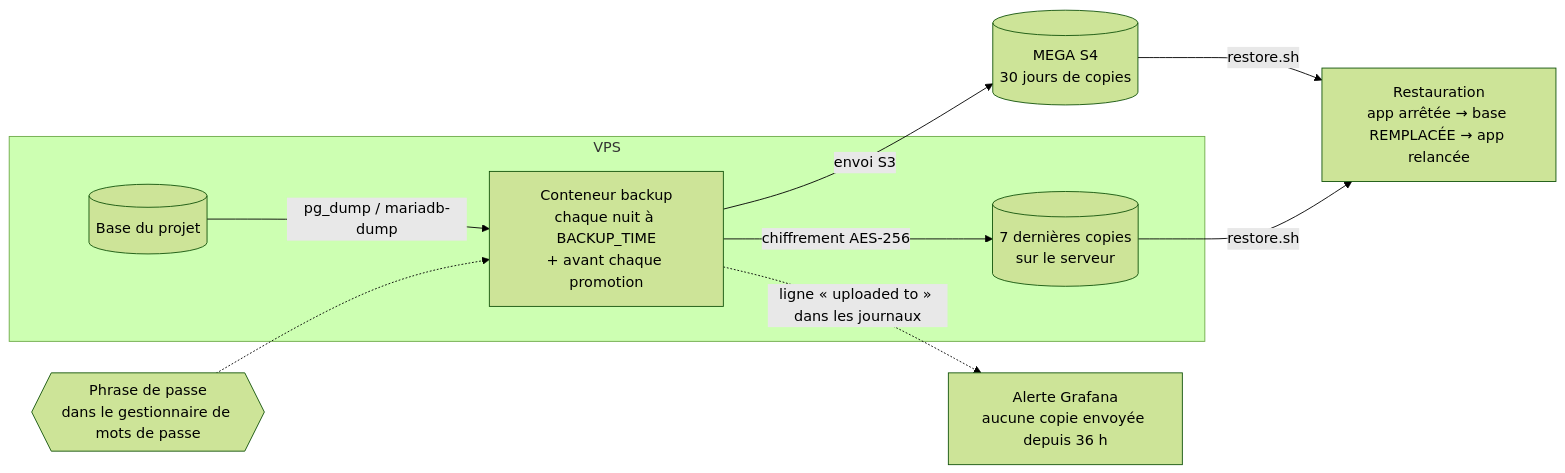
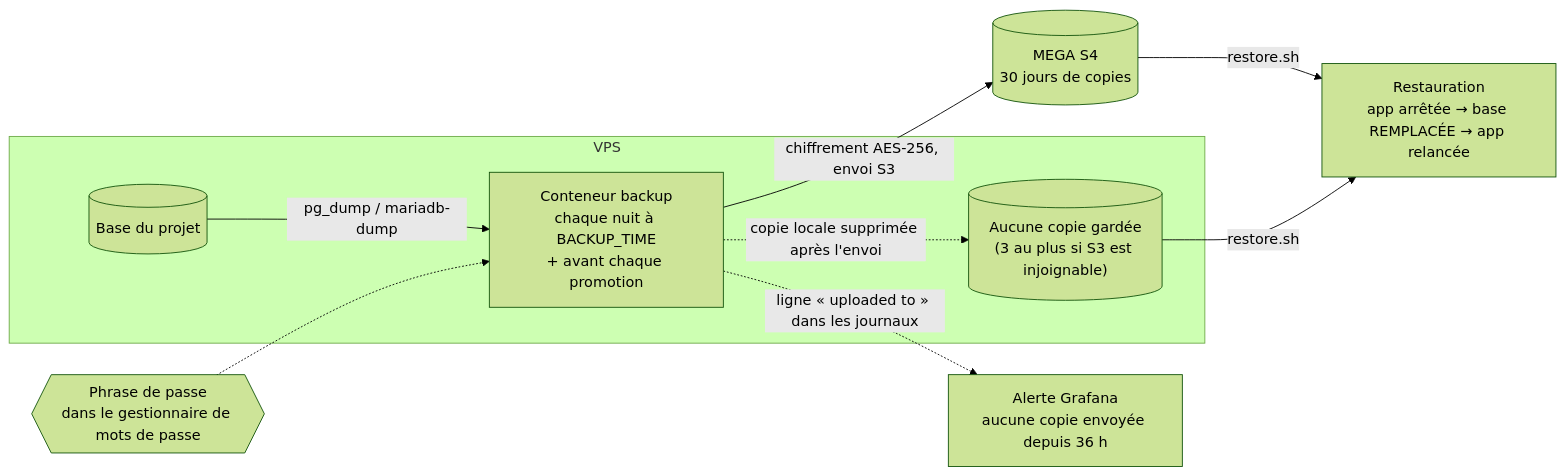
Before and after one commit to wilfreidlando/vcam-infra-deploy: the eighth of 13 diagrams in docs/01-schemas.md, drawn with Mermaid (forest theme). The commit also changed other lines of this file and 21 other files, not shown here.

````diff
--- a/docs/01-schemas.md
+++ b/docs/01-schemas.md
@@ -309,19 +309,19 @@
 ```mermaid
 flowchart LR
     subgraph Serveur["VPS"]
         DB[("Base du projet")]
         Agent["Conteneur backup<br/>chaque nuit à BACKUP_TIME<br/>+ avant chaque promotion"]
-        Local[("7 dernières copies<br/>sur le serveur")]
+        Local[("Aucune copie gardée<br/>(3 au plus si S3 est injoignable)")]
     end
     Pass{{"Phrase de passe<br/>dans le gestionnaire de mots de passe"}}
     Remote[("MEGA S4<br/>30 jours de copies")]
 
     DB -->|"pg_dump / mariadb-dump"| Agent
-    Agent -->|"chiffrement AES-256"| Local
-    Agent -->|"envoi S3"| Remote
+    Agent -->|"chiffrement AES-256, envoi S3"| Remote
+    Agent -. "copie locale supprimée après l'envoi" .-> Local
     Pass -.-> Agent
 
     Remote -->|"restore.sh"| Restore["Restauration<br/>app arrêtée → base REMPLACÉE → app relancée"]
     Local -->|"restore.sh"| Restore
     Agent -. "ligne « uploaded to » dans les journaux" .-> Watch["Alerte Grafana<br/>aucune copie envoyée depuis 36 h"]
 ```
````
